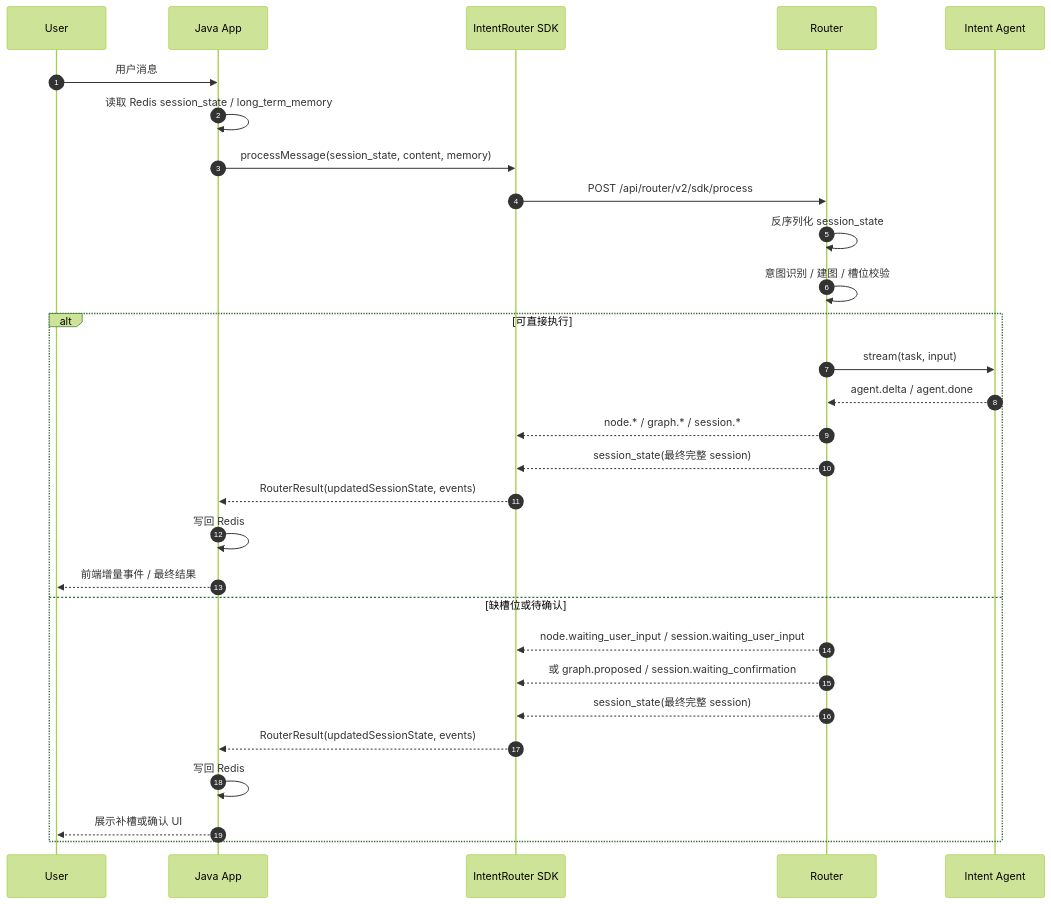
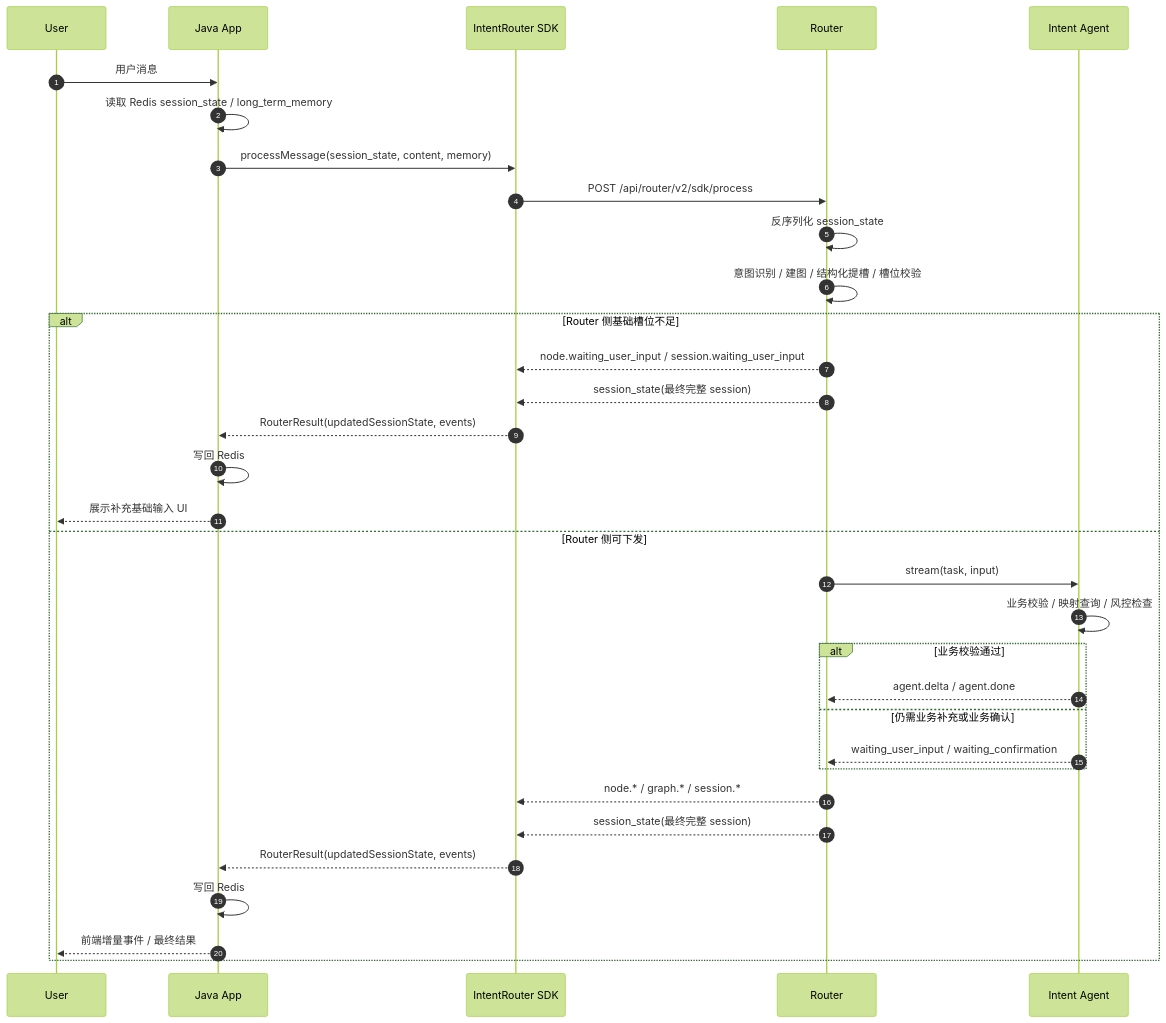
One commit to corelli359/intent-router changed the first of 4 diagrams in docs/intent-router-java-sdk调用时序设计.md. Above: the diagram before and after it, drawn with Mermaid (forest theme). The commit also changed other lines of this file and 3 other files, not shown here.

Commit message:
docs: align router and agent responsibilities

````diff
--- a/docs/intent-router-java-sdk调用时序设计.md
+++ b/docs/intent-router-java-sdk调用时序设计.md
@@ -80,32 +80,36 @@
 ```mermaid
 sequenceDiagram
     autonumber
     participant U as User
     participant J as Java App
     participant S as IntentRouter SDK
     participant R as Router
     participant A as Intent Agent
 
     U->>J: 用户消息
     J->>J: 读取 Redis session_state / long_term_memory
     J->>S: processMessage(session_state, content, memory)
     S->>R: POST /api/router/v2/sdk/process
     R->>R: 反序列化 session_state
-    R->>R: 意图识别 / 建图 / 槽位校验
-    alt 可直接执行
+    R->>R: 意图识别 / 建图 / 结构化提槽 / 槽位校验
+    alt Router 侧基础槽位不足
+        R-->>S: node.waiting_user_input / session.waiting_user_input
+        R-->>S: session_state(最终完整 session)
+        S-->>J: RouterResult(updatedSessionState, events)
+        J->>J: 写回 Redis
+        J-->>U: 展示补充基础输入 UI
+    else Router 侧可下发
         R->>A: stream(task, input)
-        A-->>R: agent.delta / agent.done
+        A->>A: 业务校验 / 映射查询 / 风控检查
+        alt 业务校验通过
+            A-->>R: agent.delta / agent.done
+        else 仍需业务补充或业务确认
+            A-->>R: waiting_user_input / waiting_confirmation
+        end
         R-->>S: node.* / graph.* / session.*
         R-->>S: session_state(最终完整 session)
         S-->>J: RouterResult(updatedSessionState, events)
         J->>J: 写回 Redis
         J-->>U: 前端增量事件 / 最终结果
-    else 缺槽位或待确认
-        R-->>S: node.waiting_user_input / session.waiting_user_input
-        R-->>S: 或 graph.proposed / session.waiting_confirmation
-        R-->>S: session_state(最终完整 session)
-        S-->>J: RouterResult(updatedSessionState, events)
-        J->>J: 写回 Redis
-        J-->>U: 展示补槽或确认 UI
     end
 ```
````
